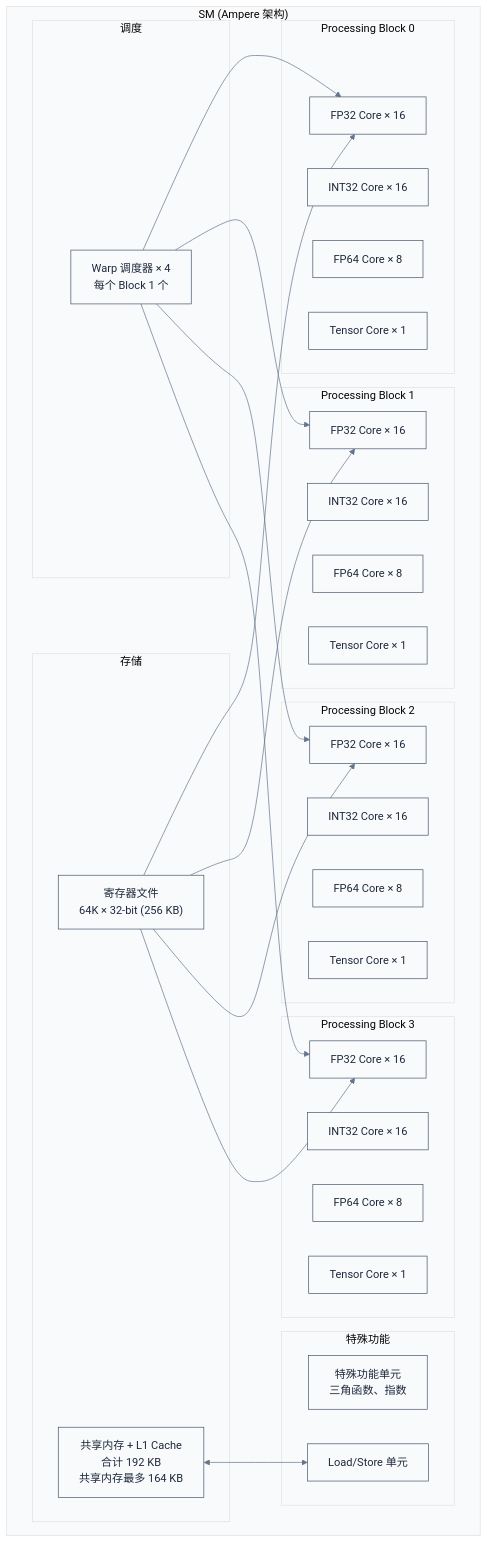
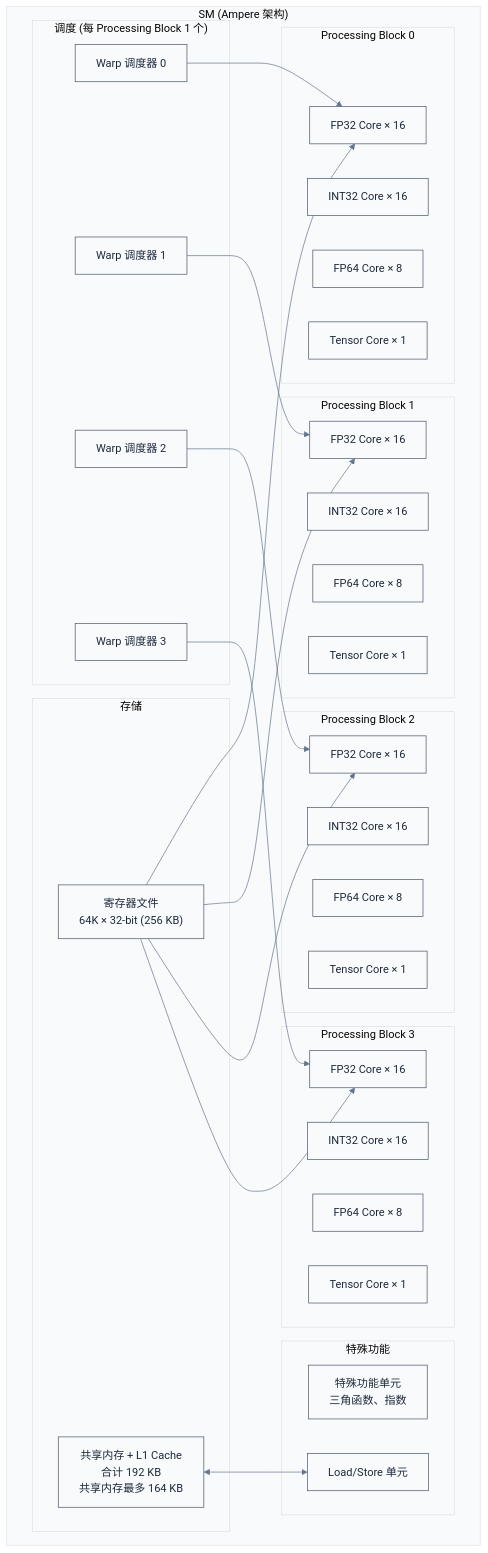
The third of 4 diagrams in cuda/01-GPU架构基础.md (swjtuer326/cs-learning-notes), drawn with Mermaid before and after one commit. The commit also changed other lines of this file and 281 other files, not shown here.

````diff
--- a/cuda/01-GPU架构基础.md
+++ b/cuda/01-GPU架构基础.md
@@ -149,54 +149,57 @@
 ```mermaid
 %%{init: {"theme": "base", "themeVariables": {"primaryColor": "#f8fafc", "primaryTextColor": "#1e293b", "primaryBorderColor": "#475569", "lineColor": "#64748b", "secondaryColor": "#f1f5f9", "secondaryBorderColor": "#94a3b8", "tertiaryColor": "#f8fafc", "fontFamily": "\"trebuchet ms\", verdana, arial, sans-serif"}}}%%
 flowchart TD
     subgraph "SM (Ampere 架构)"
         subgraph "Processing Block 0"
             FP32_0["FP32 Core × 16"]
             INT32_0["INT32 Core × 16"]
             FP64_0["FP64 Core × 8"]
             TC_0["Tensor Core × 1"]
         end
         subgraph "Processing Block 1"
             FP32_1["FP32 Core × 16"]
             INT32_1["INT32 Core × 16"]
             FP64_1["FP64 Core × 8"]
             TC_1["Tensor Core × 1"]
         end
         subgraph "Processing Block 2"
             FP32_2["FP32 Core × 16"]
             INT32_2["INT32 Core × 16"]
             FP64_2["FP64 Core × 8"]
             TC_2["Tensor Core × 1"]
         end
         subgraph "Processing Block 3"
             FP32_3["FP32 Core × 16"]
             INT32_3["INT32 Core × 16"]
             FP64_3["FP64 Core × 8"]
             TC_3["Tensor Core × 1"]
         end
 
         subgraph "存储"
             RF["寄存器文件<br/>64K × 32-bit (256 KB)"]
             SMEM["共享内存 + L1 Cache<br/>合计 192 KB<br/>共享内存最多 164 KB"]
         end
 
-        subgraph "调度"
-            WS0["Warp 调度器 × 4<br/>每个 Block 1 个"]
+        subgraph "调度 (每 Processing Block 1 个)"
+            WS0["Warp 调度器 0"]
+            WS1["Warp 调度器 1"]
+            WS2["Warp 调度器 2"]
+            WS3["Warp 调度器 3"]
         end
 
         subgraph "特殊功能"
             SFU["特殊功能单元<br/>三角函数、指数"]
             LDST["Load/Store 单元"]
         end
     end
 
     WS0 --> FP32_0
-    WS0 --> FP32_1
-    WS0 --> FP32_2
-    WS0 --> FP32_3
+    WS1 --> FP32_1
+    WS2 --> FP32_2
+    WS3 --> FP32_3
     RF --> FP32_0
     RF --> FP32_1
     RF --> FP32_2
     RF --> FP32_3
     SMEM <--> LDST
 ```
````
